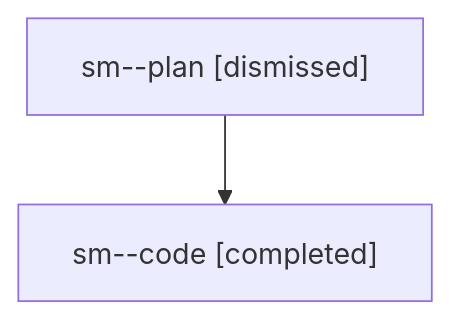
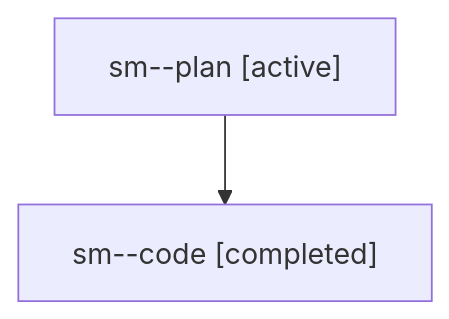
Before and after one commit to sase-org/sase--agents: the diagram in families/bbugyi200.athena.sm.md, drawn with Mermaid. The commit also changed other lines of this file and 4556 other files, not shown here.

````diff
--- a/families/bbugyi200.athena.sm.md
+++ b/families/bbugyi200.athena.sm.md
@@ -9,6 +9,6 @@
 ```mermaid
 flowchart TD
-  n0["sm--plan [dismissed]"]
+  n0["sm--plan [active]"]
   n1["sm--code [completed]"]
   n0 --> n1
 ```
````
